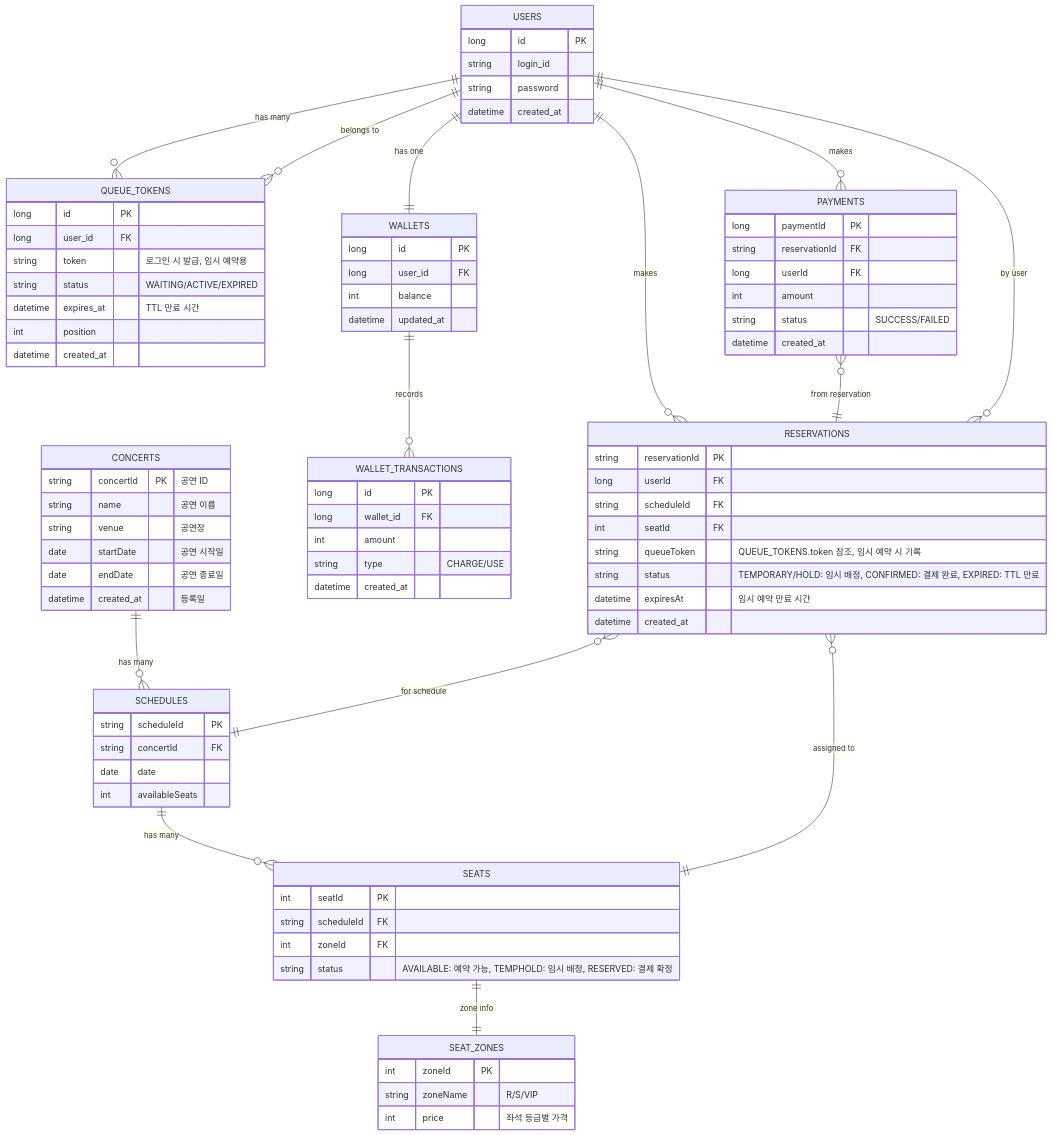
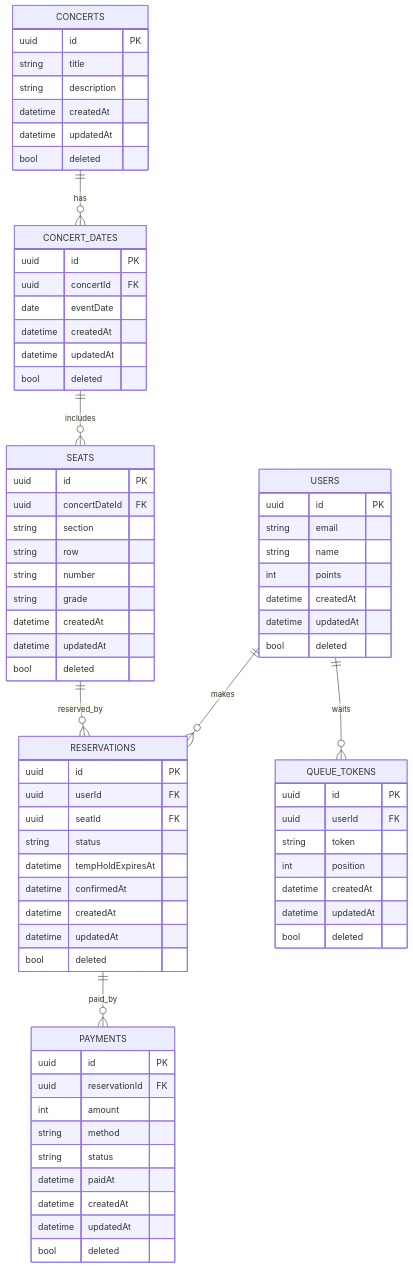
One commit to w00lam/server-java changed the diagram in docs/erd.md. Above: the diagram before and after it, drawn with Mermaid. The commit also changed other lines of this file, not shown here.

Commit message:
docs: ERD 수정

````diff
--- a/docs/erd.md
+++ b/docs/erd.md
@@ -47,98 +10,84 @@
 ```mermaid
 erDiagram
-    CONCERTS {
-        string concertId PK "공연 ID"
-        string name "공연 이름"
-        string venue "공연장"
-        date startDate "공연 시작일"
-        date endDate "공연 종료일"
-        datetime created_at "등록일"
+
+    USERS {
+        uuid id PK
+        string email
+        string name
+        int points
+        datetime createdAt
+        datetime updatedAt
+        bool deleted
     }
 
-    USERS {
-        long id PK
-        string login_id
-        string password
-        datetime created_at
+    CONCERTS {
+        uuid id PK
+        string title
+        string description
+        datetime createdAt
+        datetime updatedAt
+        bool deleted
+    }
+
+    CONCERT_DATES {
+        uuid id PK
+        uuid concertId FK
+        date eventDate
+        datetime createdAt
+        datetime updatedAt
+        bool deleted
+    }
+
+    SEATS {
+        uuid id PK
+        uuid concertDateId FK
+        string section
+        string row
+        string number
+        string grade
+        datetime createdAt
+        datetime updatedAt
+        bool deleted
+    }
+
+    RESERVATIONS {
+        uuid id PK
+        uuid userId FK
+        uuid seatId FK
+        string status
+        datetime tempHoldExpiresAt
+        datetime confirmedAt
+        datetime createdAt
+        datetime updatedAt
+        bool deleted
+    }
+
+    PAYMENTS {
+        uuid id PK
+        uuid reservationId FK
+        int amount
+        string method
+        string status
+        datetime paidAt
+        datetime createdAt
+        datetime updatedAt
+        bool deleted
     }
 
     QUEUE_TOKENS {
-        long id PK
-        long user_id FK
-        string token "로그인 시 발급, 임시 예약용"
-        string status "WAITING/ACTIVE/EXPIRED"
-        datetime expires_at "TTL 만료 시간"
+        uuid id PK
+        uuid userId FK
+        string token
         int position
-        datetime created_at
+        datetime createdAt
+        datetime updatedAt
+        bool deleted
     }
 
-    WALLETS {
-        long id PK
-        long user_id FK
-        int balance
-        datetime updated_at
-    }
-
-    WALLET_TRANSACTIONS {
-        long id PK
-        long wallet_id FK
-        int amount
-        string type "CHARGE/USE"
-        datetime created_at
-    }
-
-    SCHEDULES {
-        string scheduleId PK
-        string concertId FK
-        date date
-        int availableSeats
-    }
-
-    SEAT_ZONES {
-        int zoneId PK
-        string zoneName "R/S/VIP"
-        int price "좌석 등급별 가격"
-    }
-
-    SEATS {
-        int seatId PK
-        string scheduleId FK
-        int zoneId FK
-        string status "AVAILABLE: 예약 가능, TEMPHOLD: 임시 배정, RESERVED: 결제 확정"
-    }
-
-    RESERVATIONS {
-        string reservationId PK
-        long userId FK
-        string scheduleId FK
-        int seatId FK
-        string queueToken "QUEUE_TOKENS.token 참조, 임시 예약 시 기록"
-        string status "TEMPORARY/HOLD: 임시 배정, CONFIRMED: 결제 완료, EXPIRED: TTL 만료"
-        datetime expiresAt "임시 예약 만료 시간"
-        datetime created_at
-    }
-
-    PAYMENTS {
-        long paymentId PK
-        string reservationId FK
-        long userId FK
-        int amount
-        string status "SUCCESS/FAILED"
-        datetime created_at
-    }
-
-    %% Relationships
-    CONCERTS ||--o{ SCHEDULES : "has many"
-    SCHEDULES ||--o{ SEATS : "has many"
-    SEATS ||--|| SEAT_ZONES : "zone info"
-    USERS ||--o{ QUEUE_TOKENS : "has many"
-    USERS ||--|| WALLETS : "has one"
-    WALLETS ||--o{ WALLET_TRANSACTIONS : "records"
-    USERS ||--o{ RESERVATIONS : "makes"
-    RESERVATIONS }o--|| SEATS : "assigned to"
-    RESERVATIONS }o--|| SCHEDULES : "for schedule"
-    RESERVATIONS }o--|| USERS : "by user"
-    PAYMENTS }o--|| RESERVATIONS : "from reservation"
-    USERS ||--o{ PAYMENTS : "makes"
-    QUEUE_TOKENS }o--|| USERS : "belongs to"
+    USERS ||--o{ RESERVATIONS : makes
+    CONCERTS ||--o{ CONCERT_DATES : has
+    CONCERT_DATES ||--o{ SEATS : includes
+    USERS ||--o{ QUEUE_TOKENS : waits
+    SEATS ||--o{ RESERVATIONS : reserved_by
+    RESERVATIONS ||--o{ PAYMENTS : paid_by
 ```
````
